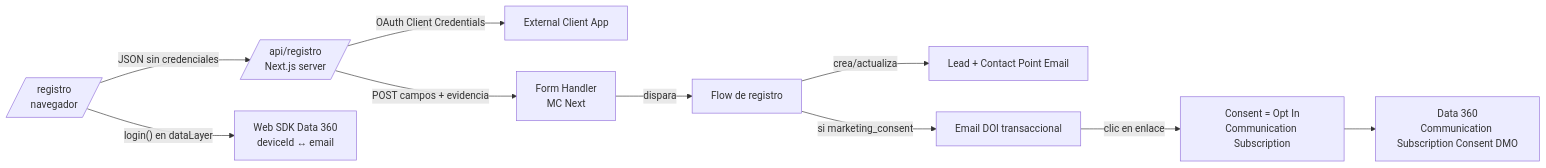
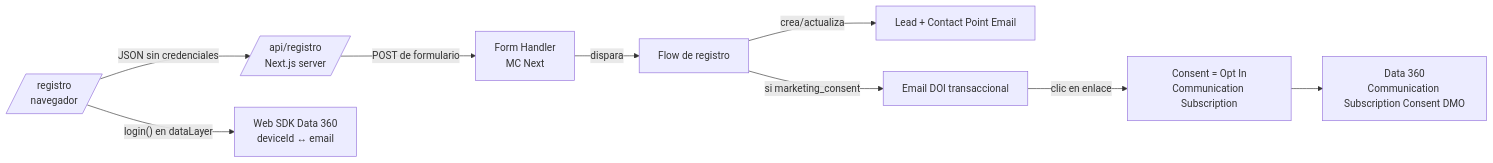
Before and after one commit to byorkman/altamar-demo: the diagram in marketingcloud/registro-doble-optin.md, drawn with Mermaid. The commit also changed other lines of this file and 3 other files, not shown here.

First line of the commit message:
Submit to the Form Handler's public server-side URL without OAuth

````diff
--- a/marketingcloud/registro-doble-optin.md
+++ b/marketingcloud/registro-doble-optin.md
@@ -7,12 +7,11 @@
 ```mermaid
 flowchart LR
   A[/registro<br/>navegador/] -- JSON sin credenciales --> B[/api/registro<br/>Next.js server/]
-  B -- OAuth Client Credentials --> C[External Client App]
-  B -- POST campos + evidencia --> D[Form Handler<br/>MC Next]
+  B -- POST de formulario --> D[Form Handler<br/>MC Next]
   D -- dispara --> E[Flow de registro]
   E -- crea/actualiza --> F[Lead + Contact Point Email]
   E -- si marketing_consent --> G[Email DOI transaccional]
   G -- clic en enlace --> H[Consent = Opt In<br/>Communication Subscription]
   H --> I[Data 360<br/>Communication Subscription Consent DMO]
   A -- login() en dataLayer --> J[Web SDK Data 360<br/>deviceId ↔ email]
 ```
````
